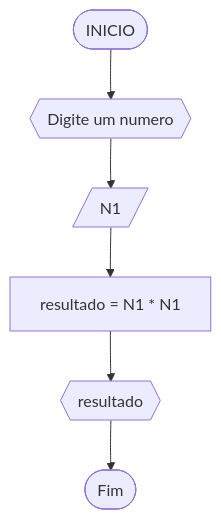
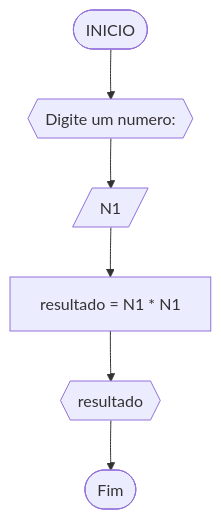
The fifth of 10 diagrams in RLA/Lista2_exercicios.md (eryckmike/Unifor), drawn with Mermaid before and after one commit. The commit also changed other lines of this file, not shown here.

````diff
--- a/RLA/Lista2_exercicios.md
+++ b/RLA/Lista2_exercicios.md
@@ -45,8 +96,8 @@
 ```mermaid 
 flowchart TD
-A([INICIO]) --> B{{Digite um numero}}
+A([INICIO]) --> B{{Digite um numero:}}
 B --> C[/N1/]
 C --> D[resultado = N1 * N1]
 D --> E{{resultado}}
 E --> F([Fim])
 ```
````
